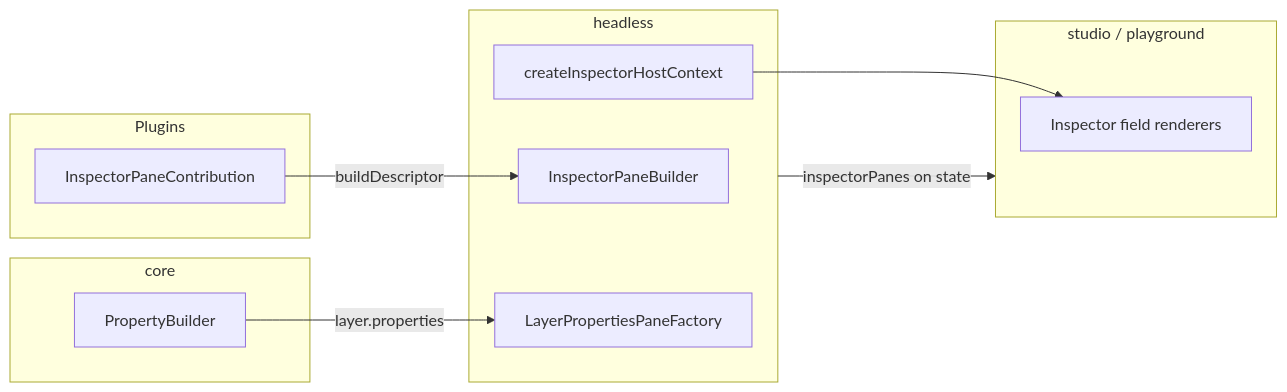
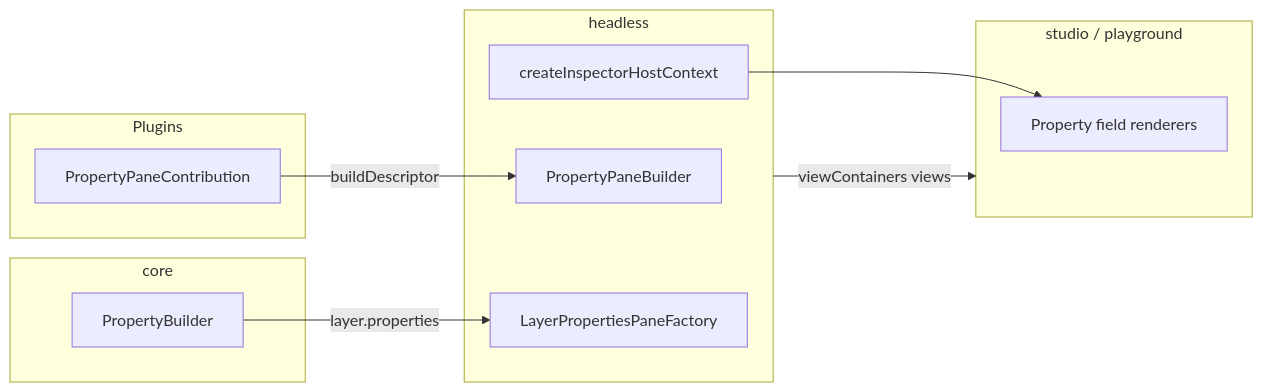
One commit to openenvx/editor changed the second of 2 diagrams in Architecture.md. Above: the diagram before and after it, drawn with Mermaid. The commit also changed other lines of this file and 66 other files, not shown here.

First line of the commit message:
feat: refactor inspector and property pane integration for enhanced UI management

````diff
--- a/Architecture.md
+++ b/Architecture.md
@@ -203,21 +203,21 @@
 ```mermaid
 flowchart LR
   subgraph plugins [Plugins]
-    InspectorPlugin[InspectorPaneContribution]
+    PropertyPlugin[PropertyPaneContribution]
   end
   subgraph corePkg [core]
     PropertyBuilder[PropertyBuilder]
   end
   subgraph headlessPkg [headless]
-    Builder[InspectorPaneBuilder]
+    Builder[PropertyPaneBuilder]
     GenericCtx[createInspectorHostContext]
     Factory[LayerPropertiesPaneFactory]
   end
   subgraph app [studio / playground]
-    Visitor[Inspector field renderers]
+    Visitor[Property field renderers]
   end
-  InspectorPlugin -->|buildDescriptor| Builder
+  PropertyPlugin -->|buildDescriptor| Builder
   PropertyBuilder -->|layer.properties| Factory
-  headlessPkg -->|inspectorPanes on state| app
+  headlessPkg -->|viewContainers views| app
   GenericCtx --> Visitor
 ```
````
